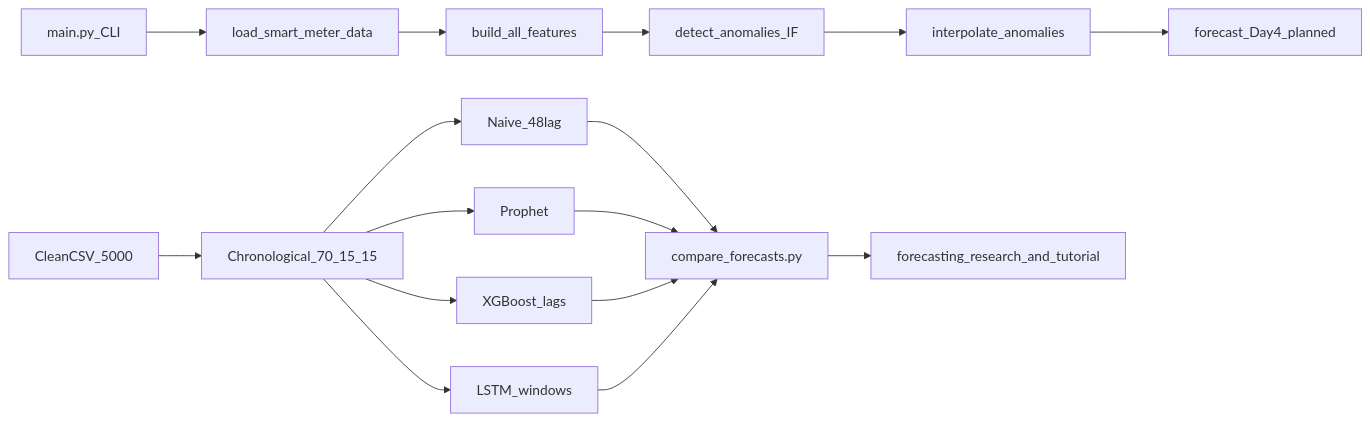
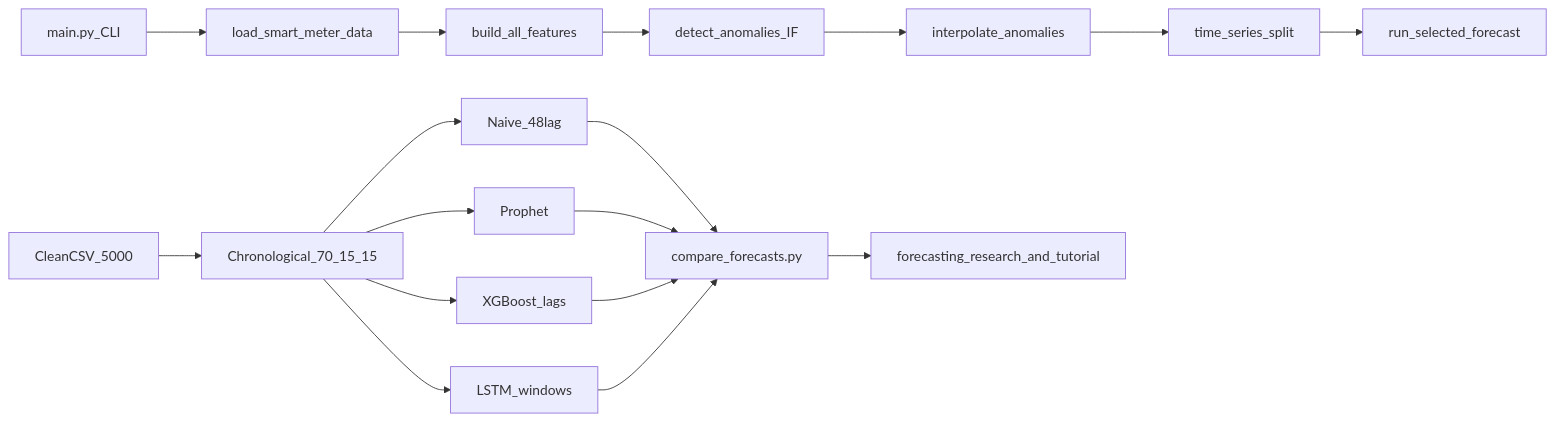
The diagram in docs/phase3-strategy.md (mj-weshh/energy-anomaly-forecasting), drawn with Mermaid before and after one commit. The commit also changed other lines of this file and 9 other files, not shown here.

Commit message:
docs: sync E2E pipeline docs for Week 8 Day 4 forecast routing

````diff
--- a/docs/phase3-strategy.md
+++ b/docs/phase3-strategy.md
@@ -151,18 +153,19 @@
 ```mermaid
 flowchart LR
   mainCli[main.py_CLI] --> ingest[load_smart_meter_data]
   ingest --> feats[build_all_features]
   feats --> detect[detect_anomalies_IF]
   detect --> cleanMem[interpolate_anomalies]
-  cleanMem --> forecastLater[forecast_Day4_planned]
+  cleanMem --> splitE2E[time_series_split]
+  splitE2E --> route[run_selected_forecast]
   clean[CleanCSV_5000] --> split[Chronological_70_15_15]
   split --> naive[Naive_48lag]
   split --> stats[Prophet]
   split --> xgb[XGBoost_lags]
   split --> lstm[LSTM_windows]
   naive --> compare[compare_forecasts.py]
   stats --> compare
   xgb --> compare
   lstm --> compare
   compare --> docs[forecasting_research_and_tutorial]
 ```
````
